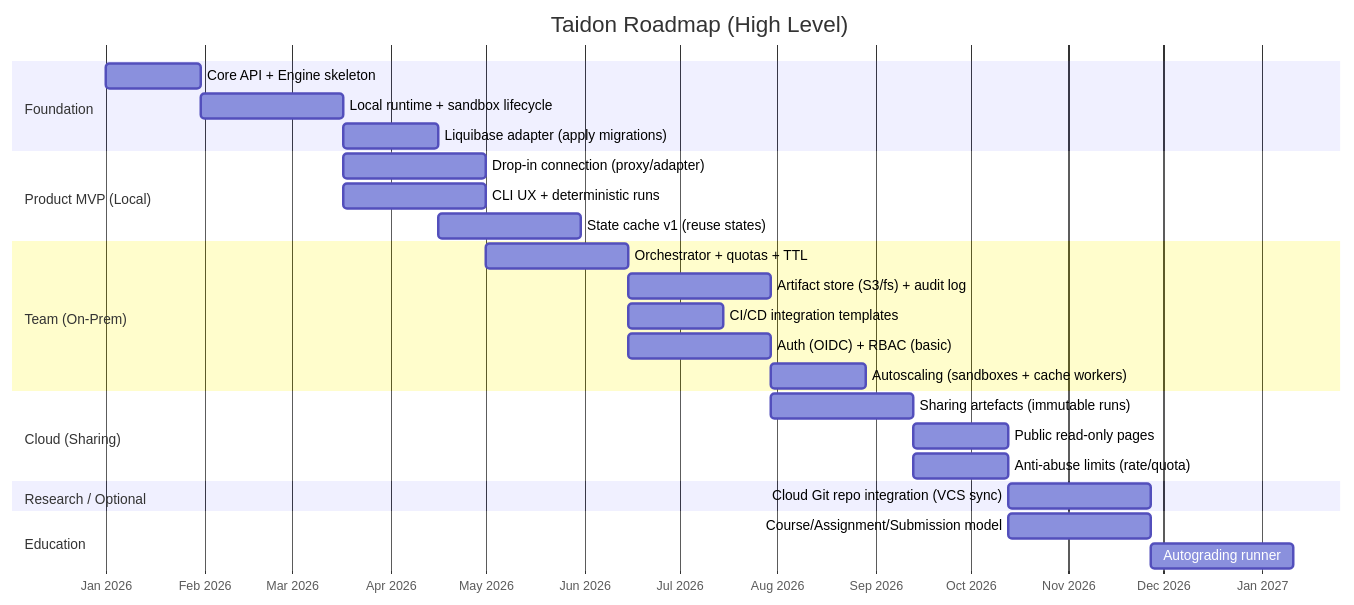
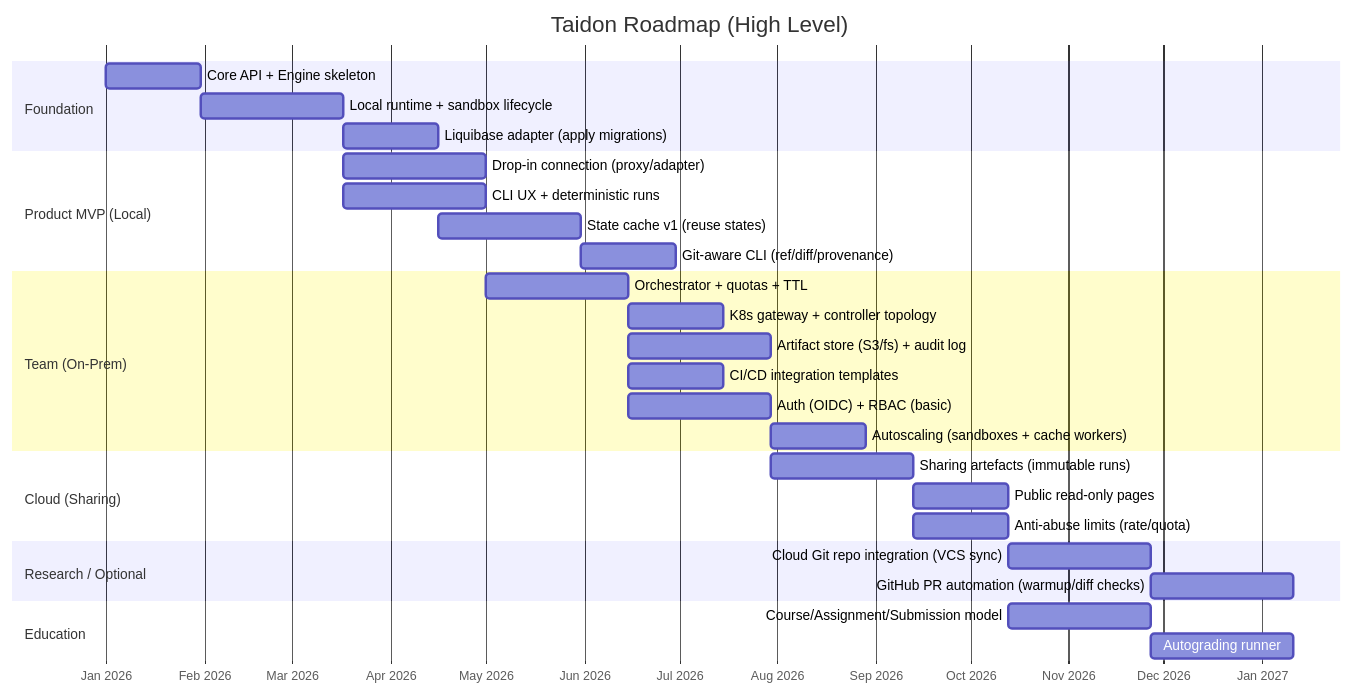
Before and after one commit to kimak-irmagi/taidon: the diagram in docs/roadmap.md, drawn with Mermaid. The commit also changed other lines of this file and 1 other file, not shown here.

Commit message:
Updating the architecture documentation to include Kubernetes integration details.

````diff
--- a/docs/roadmap.md
+++ b/docs/roadmap.md
@@ -26,35 +26,38 @@
 ```mermaid
 gantt
     title Taidon Roadmap (High Level)
     dateFormat  YYYY-MM-DD
     axisFormat  %b %Y
 
     section Foundation
     Core API + Engine skeleton                 :a1, 2026-01-01, 30d
     Local runtime + sandbox lifecycle          :a2, after a1, 45d
     Liquibase adapter (apply migrations)       :a3, after a2, 30d
 
     section Product MVP (Local)
     Drop-in connection (proxy/adapter)         :b1, after a2, 45d
     CLI UX + deterministic runs                :b2, after a2, 45d
     State cache v1 (reuse states)              :b3, after a3, 45d
+    Git-aware CLI (ref/diff/provenance)        :b4, after b3, 30d
 
     section Team (On-Prem)
     Orchestrator + quotas + TTL                :c1, after b2, 45d
+    K8s gateway + controller topology          :c6, after c1, 30d
     Artifact store (S3/fs) + audit log         :c2, after c1, 45d
     CI/CD integration templates                :c3, after c1, 30d
     Auth (OIDC) + RBAC (basic)                 :c4, after c1, 45d
     Autoscaling (sandboxes + cache workers)    :c5, after c2, 30d
 
     section Cloud (Sharing)
     Sharing artefacts (immutable runs)         :d1, after c2, 45d
     Public read-only pages                     :d2, after d1, 30d
     Anti-abuse limits (rate/quota)             :d3, after d1, 30d
 
     section Research / Optional
     Cloud Git repo integration (VCS sync)      :o1, after d2, 45d
+    GitHub PR automation (warmup/diff checks)  :o2, after o1, 45d
 
     section Education
     Course/Assignment/Submission model         :e1, after d2, 45d
     Autograding runner                         :e2, after e1, 45d
 ```
````
